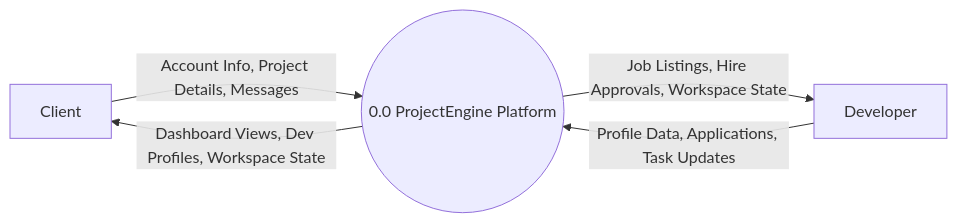
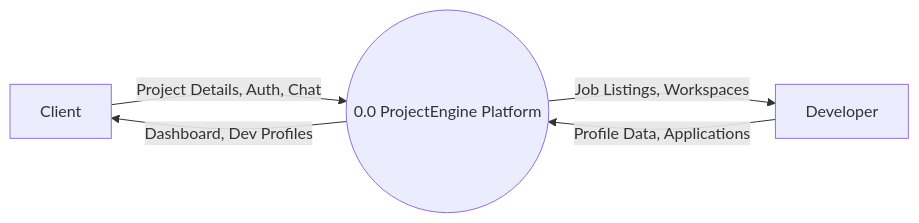
One commit to qhmed67/ReadmeTest changed the second of 5 diagrams in README.md. Above: the diagram before and after it, drawn with Mermaid. The commit also changed other lines of this file, not shown here.

````diff
--- a/README.md
+++ b/README.md
@@ -99,12 +99,12 @@
 ```mermaid
 flowchart LR
     Client[Client]
     Dev[Developer]
     Sys((0.0 ProjectEngine Platform))
 
-    Client -- "Account Info, Project Details, Messages" --> Sys
-    Sys -- "Dashboard Views, Dev Profiles, Workspace State" --> Client
+    Client -- "Project Details, Auth, Chat" --> Sys
+    Sys -- "Dashboard, Dev Profiles" --> Client
 
-    Dev -- "Profile Data, Applications, Task Updates" --> Sys
-    Sys -- "Job Listings, Hire Approvals, Workspace State" --> Dev
+    Dev -- "Profile Data, Applications" --> Sys
+    Sys -- "Job Listings, Workspaces" --> Dev
 ```
````
